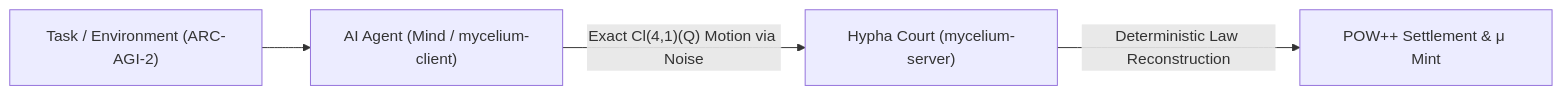
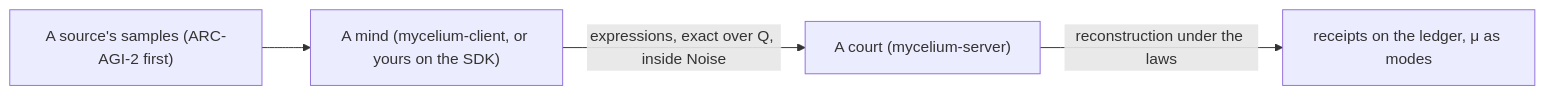
Before and after one commit to SAIOS-SAMN/mycelium: the first of 3 diagrams in README.md, drawn with Mermaid. The commit also changed other lines of this file and 4 other files, not shown here.

First line of the commit message:
Finish the onboarding: the mind challenge, the README's summary and mycelium-algebra's README as the docs rule (#286)

````diff
--- a/README.md
+++ b/README.md
@@ -8,6 +8,6 @@
 ```mermaid
 flowchart LR
-    Task["Task / Environment (ARC-AGI-2)"] --> Mind["AI Agent (Mind / mycelium-client)"]
-    Mind -- "Exact Cl(4,1)(Q) Motion via Noise" --> Court["Hypha Court (mycelium-server)"]
-    Court -- "Deterministic Law Reconstruction" --> Ledger["POW++ Settlement & μ Mint"]
+    Source["A source's samples (ARC-AGI-2 first)"] --> Mind["A mind (mycelium-client, or yours on the SDK)"]
+    Mind -- "expressions, exact over Q, inside Noise" --> Court["A court (mycelium-server)"]
+    Court -- "reconstruction under the laws" --> Ledger["receipts on the ledger, μ as modes"]
 ```
````
